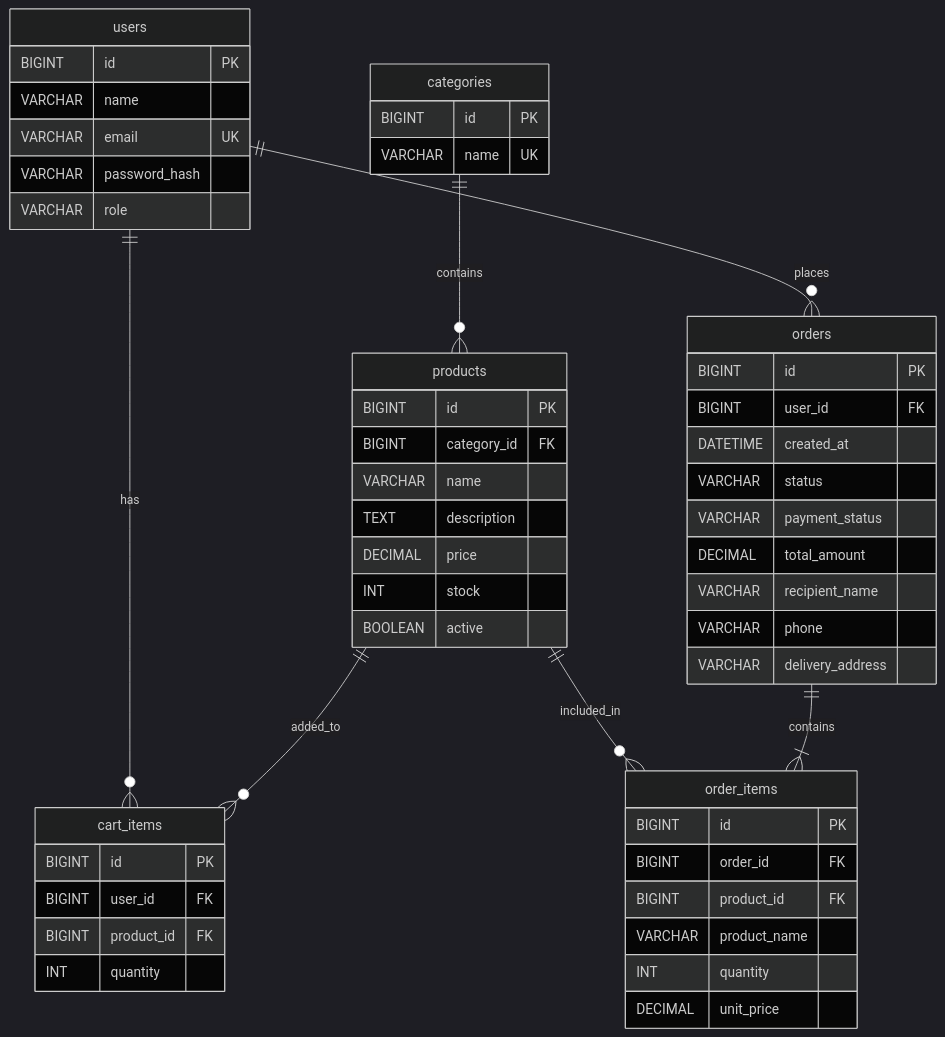
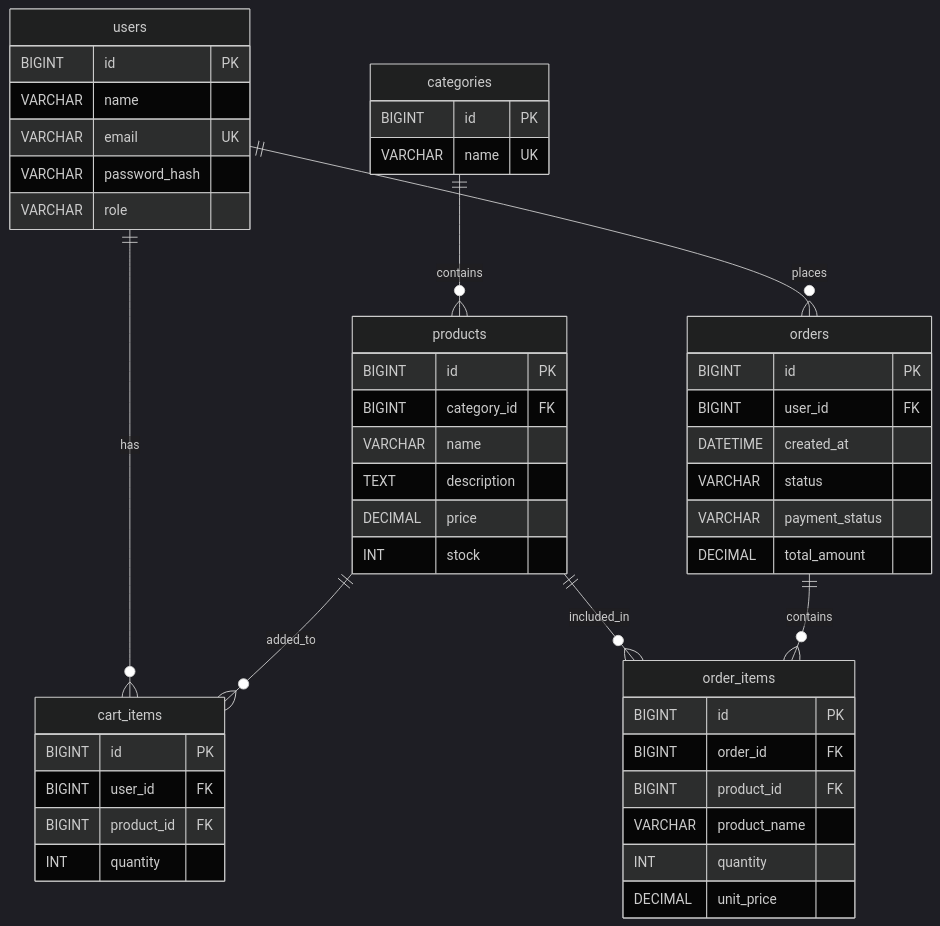
Before and after one commit to samenov01/techshop-java: the diagram in design/database.mmd, drawn with Mermaid (dark theme). The commit also changed 9 other files, not shown here.

```diff
--- a/design/database.mmd
+++ b/design/database.mmd
@@ -1,53 +1,49 @@
 erDiagram
     users ||--o{ cart_items : has
     users ||--o{ orders : places
     categories ||--o{ products : contains
     products ||--o{ cart_items : added_to
     products ||--o{ order_items : included_in
-    orders ||--|{ order_items : contains
+    orders ||--o{ order_items : contains
 
     users {
         BIGINT id PK
         VARCHAR name
         VARCHAR email UK
         VARCHAR password_hash
         VARCHAR role
     }
     categories {
         BIGINT id PK
         VARCHAR name UK
     }
     products {
         BIGINT id PK
         BIGINT category_id FK
         VARCHAR name
         TEXT description
         DECIMAL price
         INT stock
-        BOOLEAN active
     }
     cart_items {
         BIGINT id PK
         BIGINT user_id FK
         BIGINT product_id FK
         INT quantity
     }
     orders {
         BIGINT id PK
         BIGINT user_id FK
         DATETIME created_at
         VARCHAR status
         VARCHAR payment_status
         DECIMAL total_amount
-        VARCHAR recipient_name
-        VARCHAR phone
-        VARCHAR delivery_address
     }
     order_items {
         BIGINT id PK
         BIGINT order_id FK
         BIGINT product_id FK
         VARCHAR product_name
         INT quantity
         DECIMAL unit_price
     }
```
